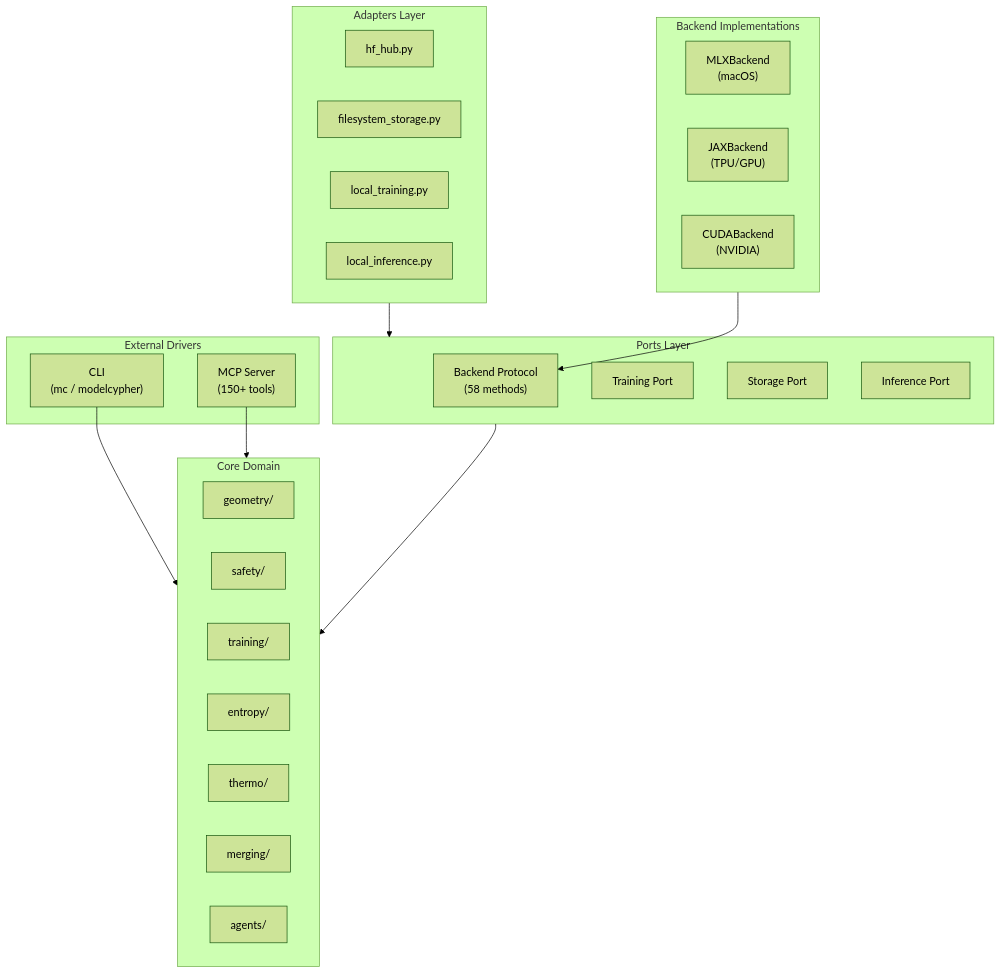
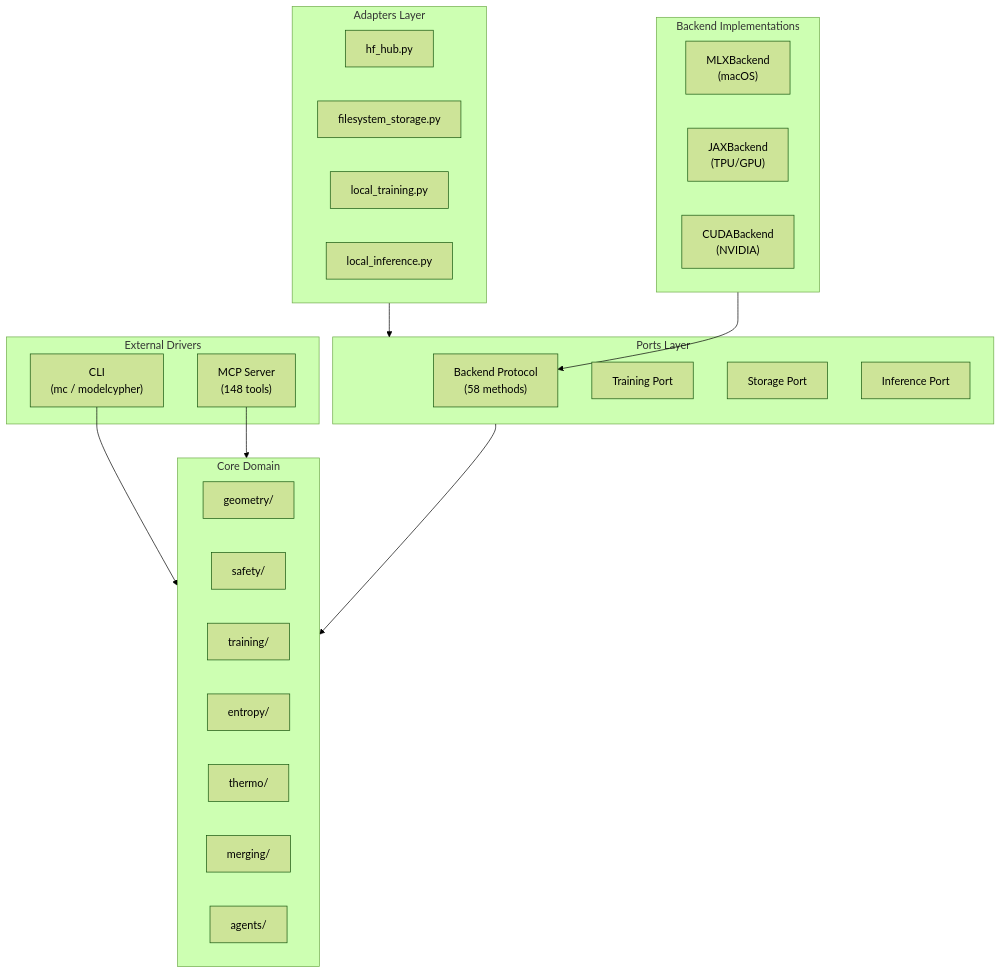
One commit to Ethyros-AI/ModelCypher changed the first of 4 diagrams in docs/ARCHITECTURE.md. Above: the diagram before and after it, drawn with Mermaid (forest theme). The commit also changed 12 other files, not shown here.

````diff
--- a/docs/ARCHITECTURE.md
+++ b/docs/ARCHITECTURE.md
@@ -7,43 +7,43 @@
 ```mermaid
 flowchart TB
     subgraph EXTERNAL["External Drivers"]
         CLI["CLI<br/>(mc / modelcypher)"]
-        MCP["MCP Server<br/>(150+ tools)"]
+        MCP["MCP Server<br/>(148 tools)"]
     end
 
     subgraph ADAPTERS["Adapters Layer"]
         HF["hf_hub.py"]
         FS["filesystem_storage.py"]
         LT["local_training.py"]
         LI["local_inference.py"]
     end
 
     subgraph PORTS["Ports Layer"]
         BE["Backend Protocol<br/>(58 methods)"]
         TR["Training Port"]
         ST["Storage Port"]
         INF["Inference Port"]
     end
 
     subgraph DOMAIN["Core Domain"]
         GEO["geometry/"]
         SAFE["safety/"]
         TRAIN["training/"]
         ENT["entropy/"]
         THERM["thermo/"]
         MERGE["merging/"]
         AGT["agents/"]
     end
 
     subgraph BACKENDS["Backend Implementations"]
         MLX["MLXBackend<br/>(macOS)"]
         JAX["JAXBackend<br/>(TPU/GPU)"]
         CUDA["CUDABackend<br/>(NVIDIA)"]
     end
 
     CLI --> DOMAIN
     MCP --> DOMAIN
     ADAPTERS --> PORTS
     PORTS --> DOMAIN
     BACKENDS --> BE
 ```
````
